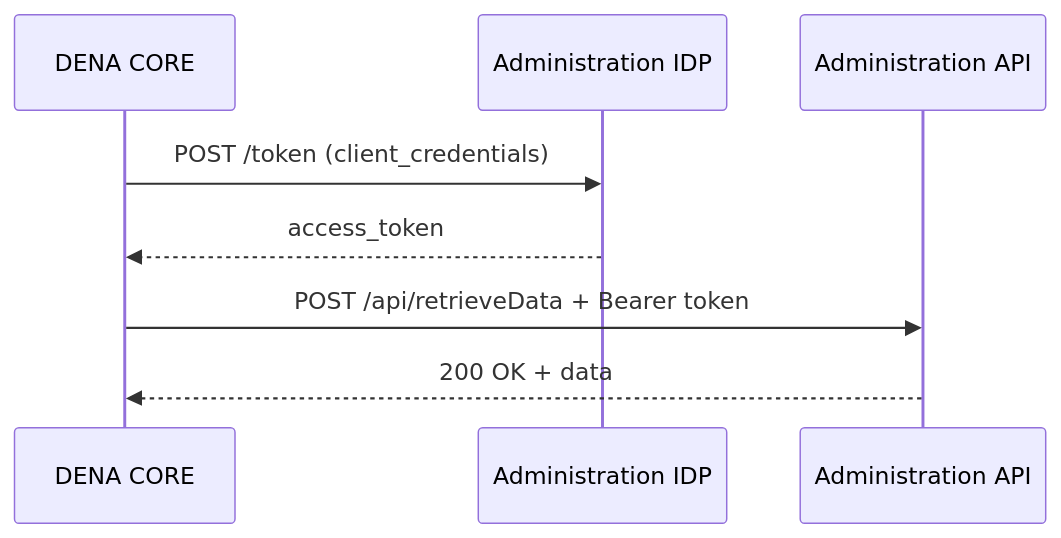
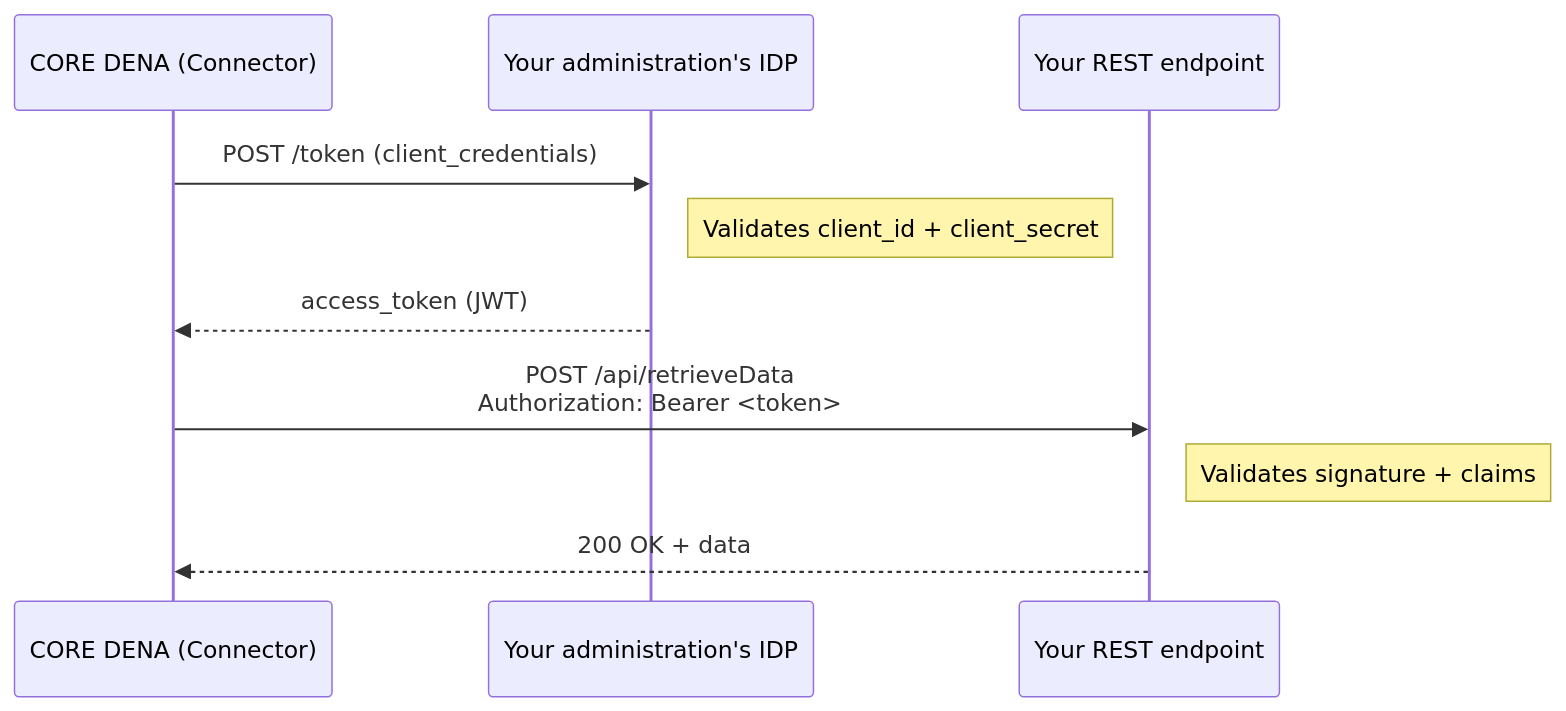
One commit to DENA-Euskadi/dena-euskadi.github.io changed the first of 2 diagrams in docs/autenticacion/core-dena-administracion/index.en.md. Above: the diagram before and after it, drawn with Mermaid. The commit also changed other lines of this file and 193 other files, not shown here.

````diff
--- a/docs/autenticacion/core-dena-administracion/index.en.md
+++ b/docs/autenticacion/core-dena-administracion/index.en.md
@@ -9,11 +20,13 @@
 ``` mermaid
 sequenceDiagram
-    participant DENA as DENA CORE
-    participant IDP as Administration IDP
-    participant Admin as Administration API
+    participant DENA as CORE DENA (Connector)
+    participant IDP as Your administration's IDP
+    participant Admin as Your REST endpoint
 
     DENA->>IDP: POST /token (client_credentials)
-    IDP-->>DENA: access_token
-    DENA->>Admin: POST /api/retrieveData + Bearer token
+    Note right of IDP: Validates client_id + client_secret
+    IDP-->>DENA: access_token (JWT)
+    DENA->>Admin: POST /api/retrieveData<br/>Authorization: Bearer <token>
+    Note right of Admin: Validates signature + claims
     Admin-->>DENA: 200 OK + data
 ```
````
